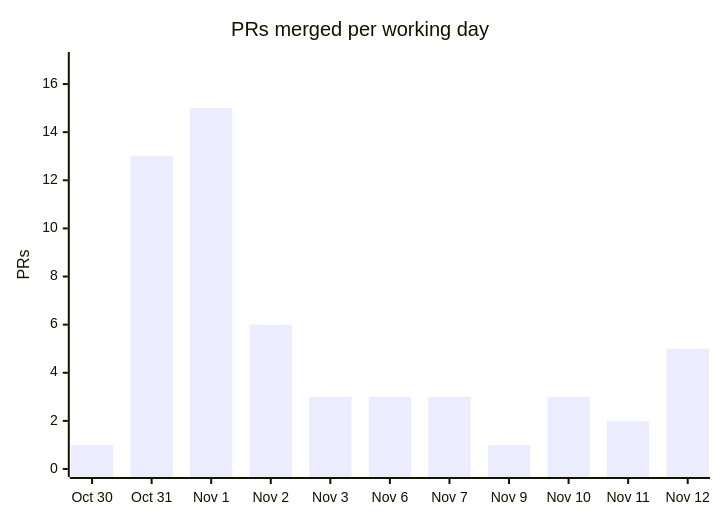
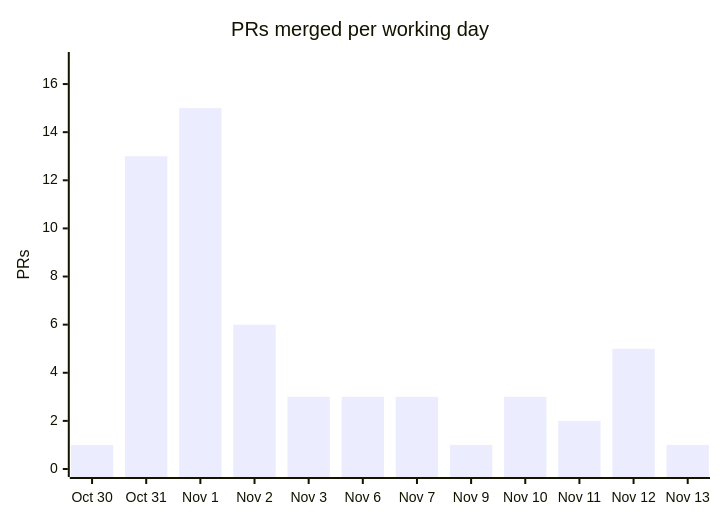
One commit to cmprssd/nfsh changed the fourth of 4 diagrams in docs/OVERVIEW.md. Above: the diagram before and after it, drawn with Mermaid. The commit also changed other lines of this file and 6 other files, not shown here.

````diff
--- a/docs/OVERVIEW.md
+++ b/docs/OVERVIEW.md
@@ -142,7 +142,7 @@
 ```mermaid
 xychart-beta
     title "PRs merged per working day"
-    x-axis ["Oct 30", "Oct 31", "Nov 1", "Nov 2", "Nov 3", "Nov 6", "Nov 7", "Nov 9", "Nov 10", "Nov 11", "Nov 12"]
+    x-axis ["Oct 30", "Oct 31", "Nov 1", "Nov 2", "Nov 3", "Nov 6", "Nov 7", "Nov 9", "Nov 10", "Nov 11", "Nov 12", "Nov 13"]
     y-axis "PRs" 0 --> 17
-    bar [1, 13, 15, 6, 3, 3, 3, 1, 3, 2, 5]
+    bar [1, 13, 15, 6, 3, 3, 3, 1, 3, 2, 5, 1]
 ```
````
